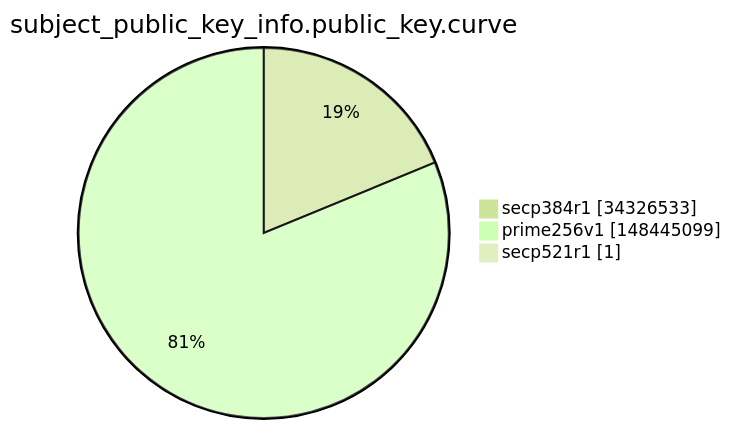
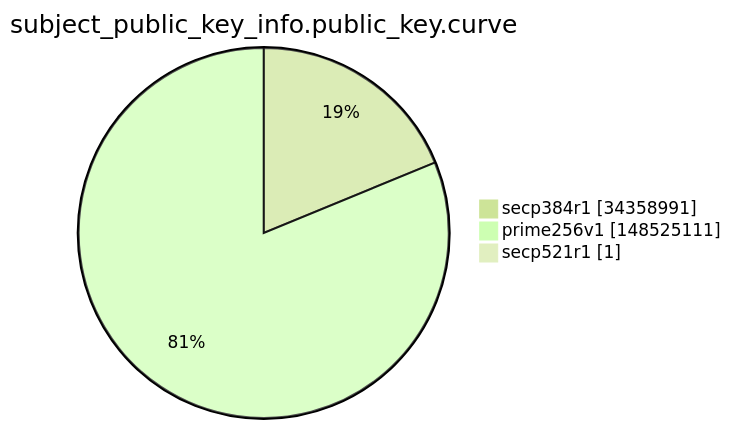
The ninth of 15 diagrams in argon2022/README.md (christiankrug/ctmonitor_visualization), drawn with Mermaid (forest theme) before and after one commit. The commit also changed other lines of this file, not shown here.

````diff
--- a/argon2022/README.md
+++ b/argon2022/README.md
@@ -2764,7 +2764,7 @@
 ```mermaid
 pie showData
 title subject_public_key_info.public_key.curve
-"secp384r1" :34326533
-"prime256v1" :148445099
+"secp384r1" :34358991
+"prime256v1" :148525111
 "secp521r1" :1
 ```
````
